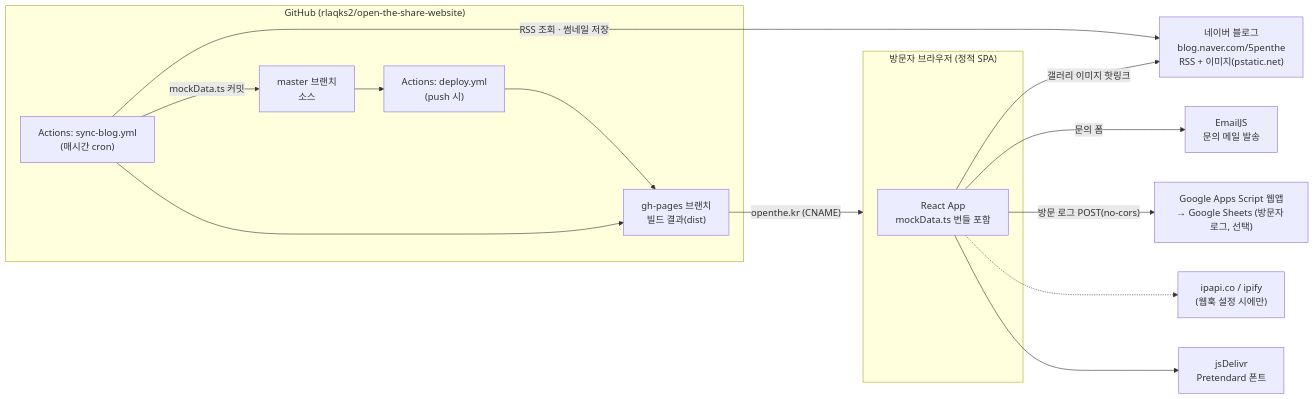
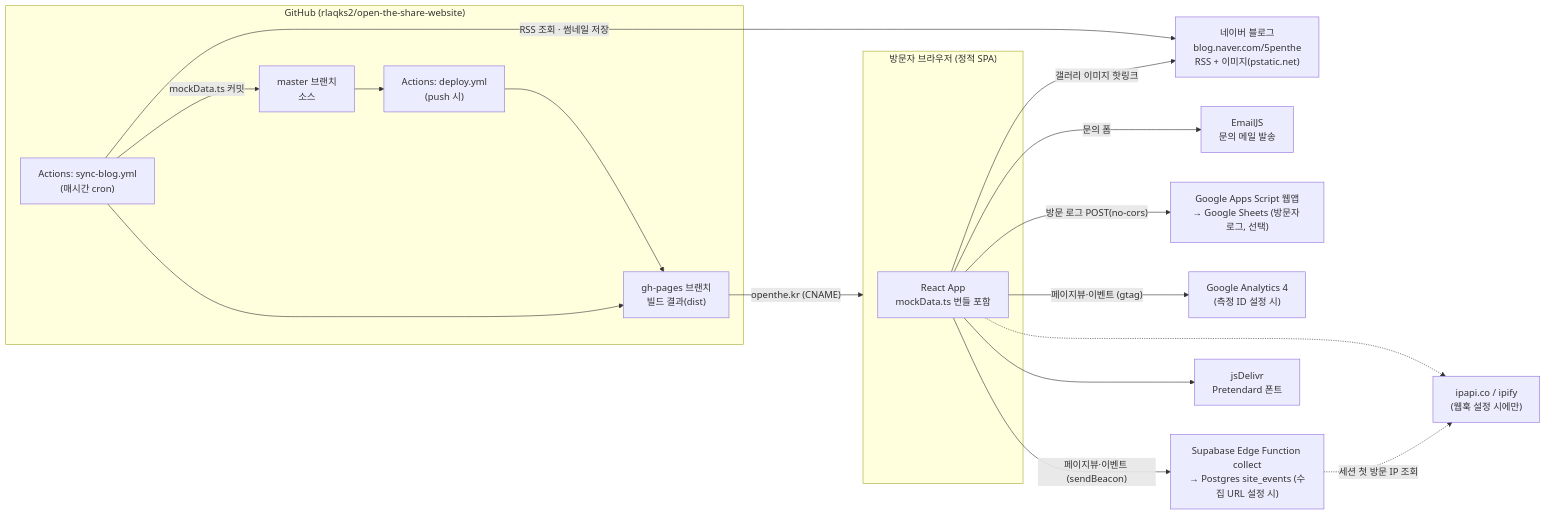
The diagram in docs/harness/ARCHITECTURE.md (rlaqks2/open-the-share-website), drawn with Mermaid before and after one commit. The commit also changed other lines of this file and 18 other files, not shown here.

First line of the commit message:
feat(analytics): GA4 + Supabase 측정 레이어, 처리방침 자동 고지

````diff
--- a/docs/harness/ARCHITECTURE.md
+++ b/docs/harness/ARCHITECTURE.md
@@ -5,29 +5,34 @@
 ```mermaid
 flowchart LR
     subgraph Browser["방문자 브라우저 (정적 SPA)"]
         APP["React App<br/>mockData.ts 번들 포함"]
     end
 
     subgraph GitHub["GitHub (rlaqks2/open-the-share-website)"]
         MASTER["master 브랜치<br/>소스"]
         GHP["gh-pages 브랜치<br/>빌드 결과(dist)"]
         A1["Actions: deploy.yml<br/>(push 시)"]
         A2["Actions: sync-blog.yml<br/>(매시간 cron)"]
     end
 
     NAVER["네이버 블로그<br/>blog.naver.com/5penthe<br/>RSS + 이미지(pstatic.net)"]
     EMAILJS["EmailJS<br/>문의 메일 발송"]
     GAS["Google Apps Script 웹앱<br/>→ Google Sheets (방문자 로그, 선택)"]
     IPAPI["ipapi.co / ipify<br/>(웹훅 설정 시에만)"]
+    GA4["Google Analytics 4<br/>(측정 ID 설정 시)"]
+    SB["Supabase Edge Function collect<br/>→ Postgres site_events (수집 URL 설정 시)"]
     CDN["jsDelivr<br/>Pretendard 폰트"]
 
     MASTER --> A1 --> GHP -->|"openthe.kr (CNAME)"| Browser
     A2 -->|"RSS 조회 · 썸네일 저장"| NAVER
     A2 -->|"mockData.ts 커밋"| MASTER
     A2 --> GHP
     APP -->|"문의 폼"| EMAILJS
     APP -->|"방문 로그 POST(no-cors)"| GAS
     APP -.-> IPAPI
+    APP -->|"페이지뷰·이벤트 (gtag)"| GA4
+    APP -->|"페이지뷰·이벤트 (sendBeacon)"| SB
+    SB -.->|"세션 첫 방문 IP 조회"| IPAPI
     APP -->|"갤러리 이미지 핫링크"| NAVER
     APP --> CDN
 ```
````
